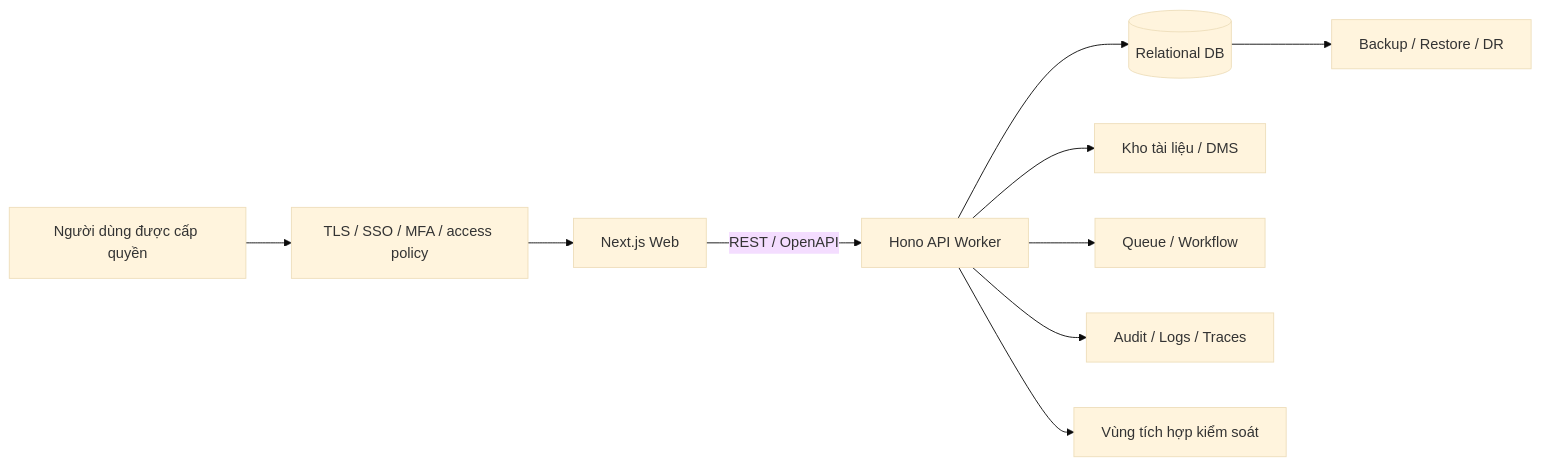
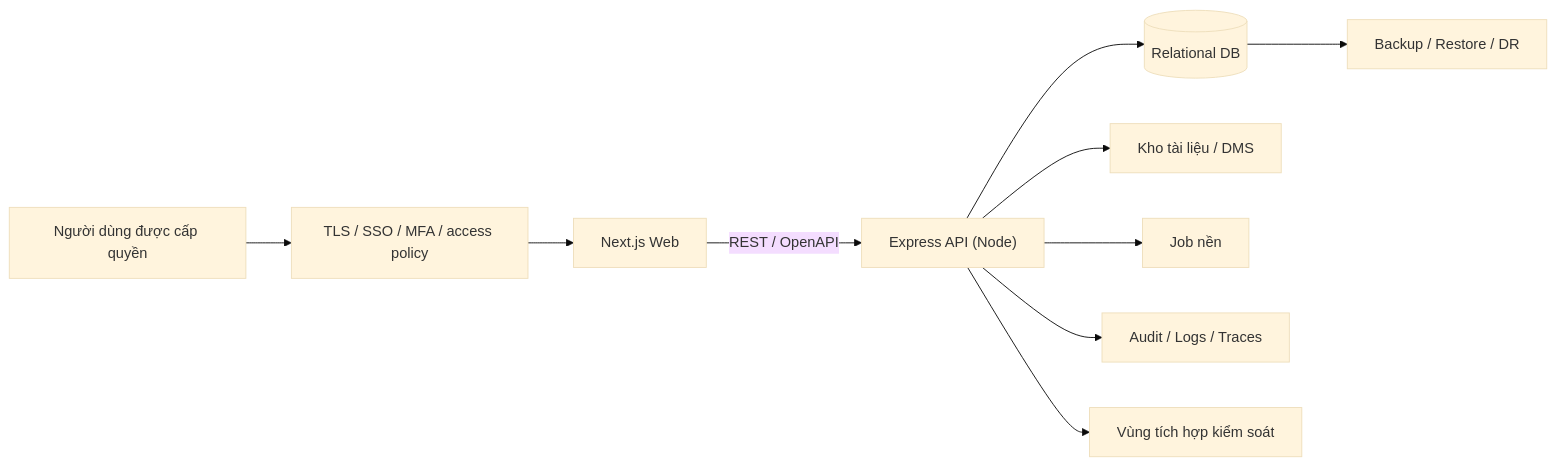
Before and after one commit to chotr/BTCTU: the diagram in docs/04-system-design/deployment.md, drawn with Mermaid (base theme). The commit also changed other lines of this file and 21 other files, not shown here.

Commit message:
migrate hono to express

````diff
--- a/docs/04-system-design/deployment.md
+++ b/docs/04-system-design/deployment.md
@@ -7,12 +7,12 @@
 ```mermaid
 flowchart LR
   U["Người dùng được cấp quyền"] --> EDGE["TLS / SSO / MFA / access policy"]
   EDGE --> WEB["Next.js Web"]
-  WEB -->|"REST / OpenAPI"| API["Hono API Worker"]
+  WEB -->|"REST / OpenAPI"| API["Express API (Node)"]
   API --> DB[("Relational DB")]
   API --> OBJ["Kho tài liệu / DMS"]
-  API --> Q["Queue / Workflow"]
+  API --> Q["Job nền"]
   API --> AUD["Audit / Logs / Traces"]
   API --> CONN["Vùng tích hợp kiểm soát"]
   DB --> DR["Backup / Restore / DR"]
 ```
````
